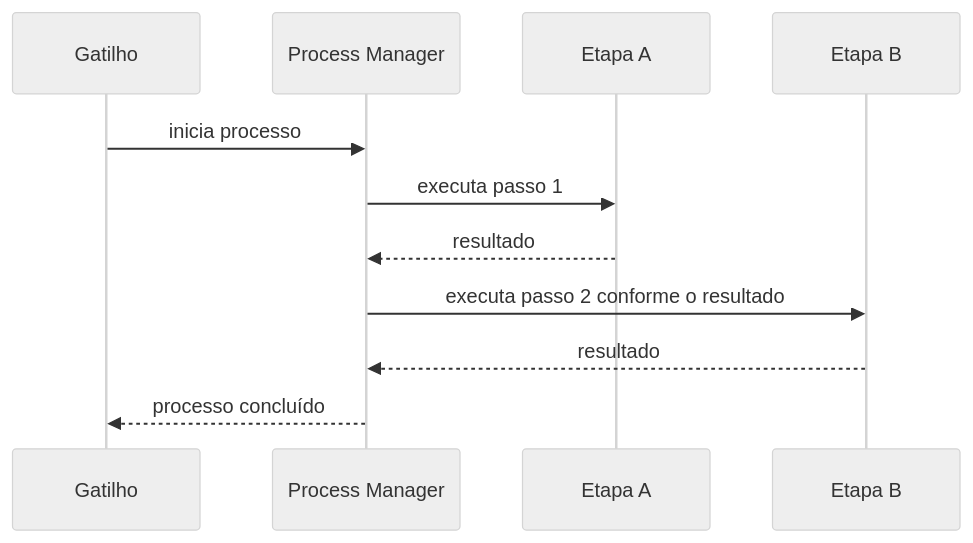
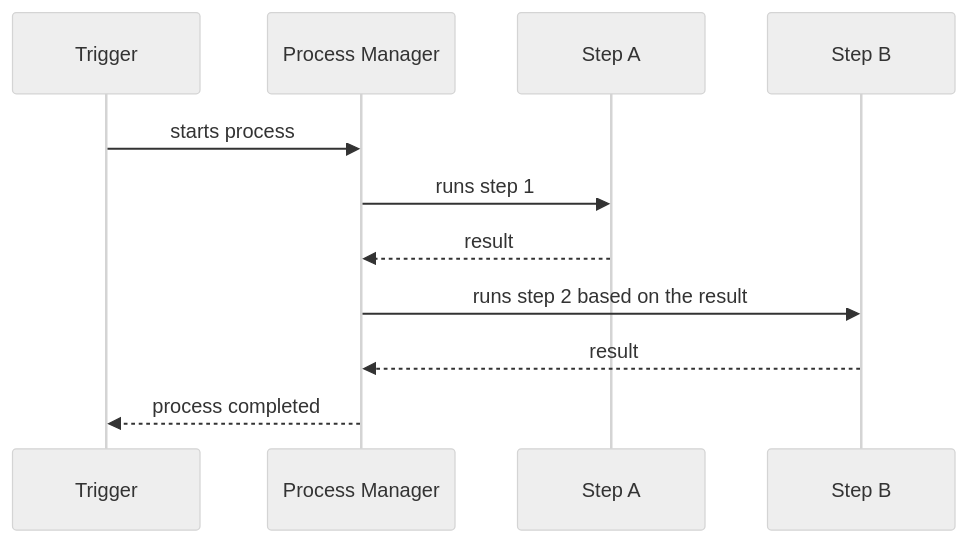
Before and after one commit to alancesar/design-patterns: the diagram in docs/architecture/eip/message-routing/process-manager.md, drawn with Mermaid (neutral theme). The commit also changed 258 other files, not shown here.

First line of the commit message:
Translate Mermaid diagrams to English

````diff
--- a/docs/architecture/eip/message-routing/process-manager.md
+++ b/docs/architecture/eip/message-routing/process-manager.md
@@ -50,13 +50,13 @@
 ```mermaid
 sequenceDiagram
-    participant T as Gatilho
+    participant T as Trigger
     participant PM as Process Manager
-    participant A as Etapa A
-    participant B as Etapa B
-    T->>PM: inicia processo
-    PM->>A: executa passo 1
-    A-->>PM: resultado
-    PM->>B: executa passo 2 conforme o resultado
-    B-->>PM: resultado
-    PM-->>T: processo concluído
+    participant A as Step A
+    participant B as Step B
+    T->>PM: starts process
+    PM->>A: runs step 1
+    A-->>PM: result
+    PM->>B: runs step 2 based on the result
+    B-->>PM: result
+    PM-->>T: process completed
 ```
````
